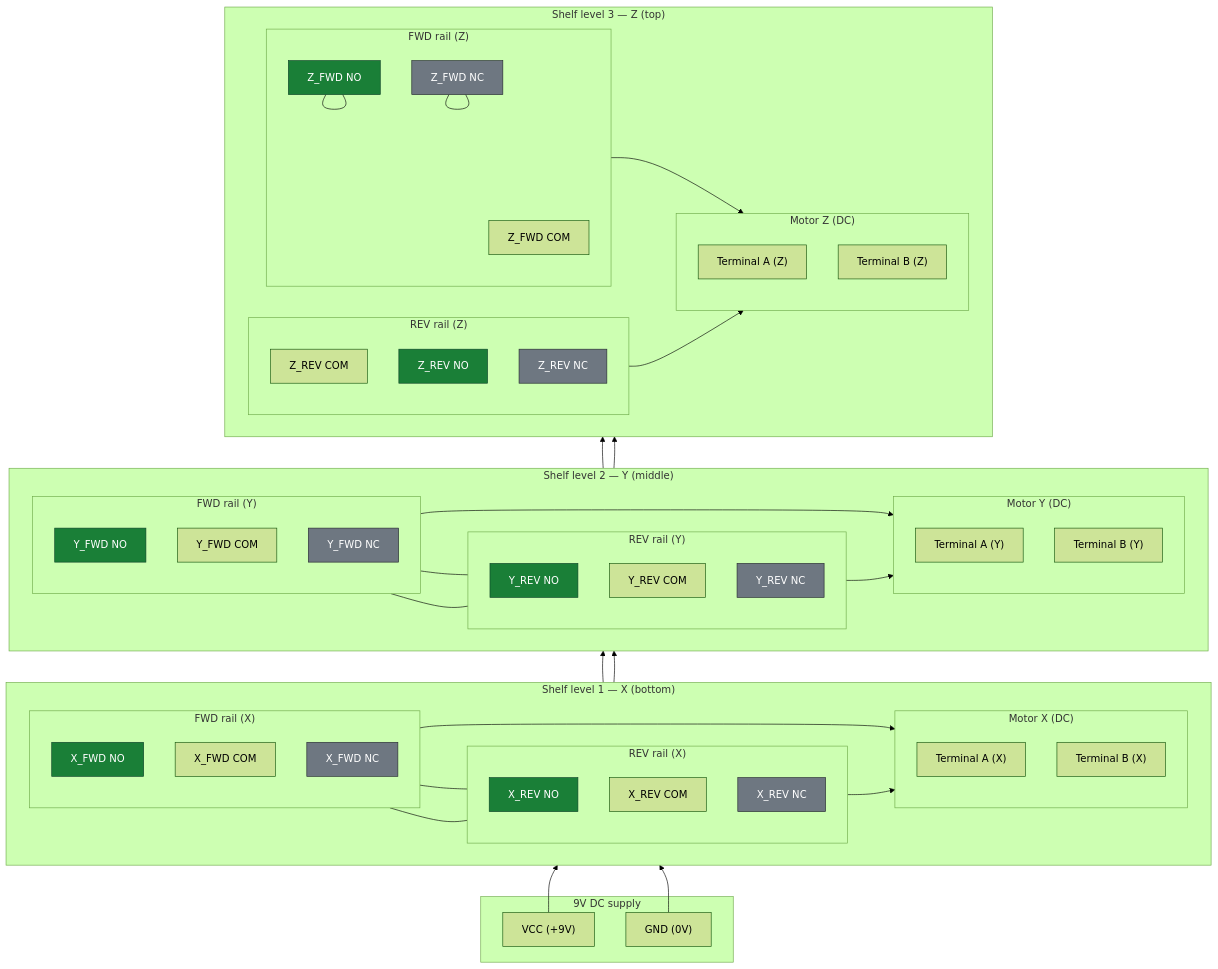
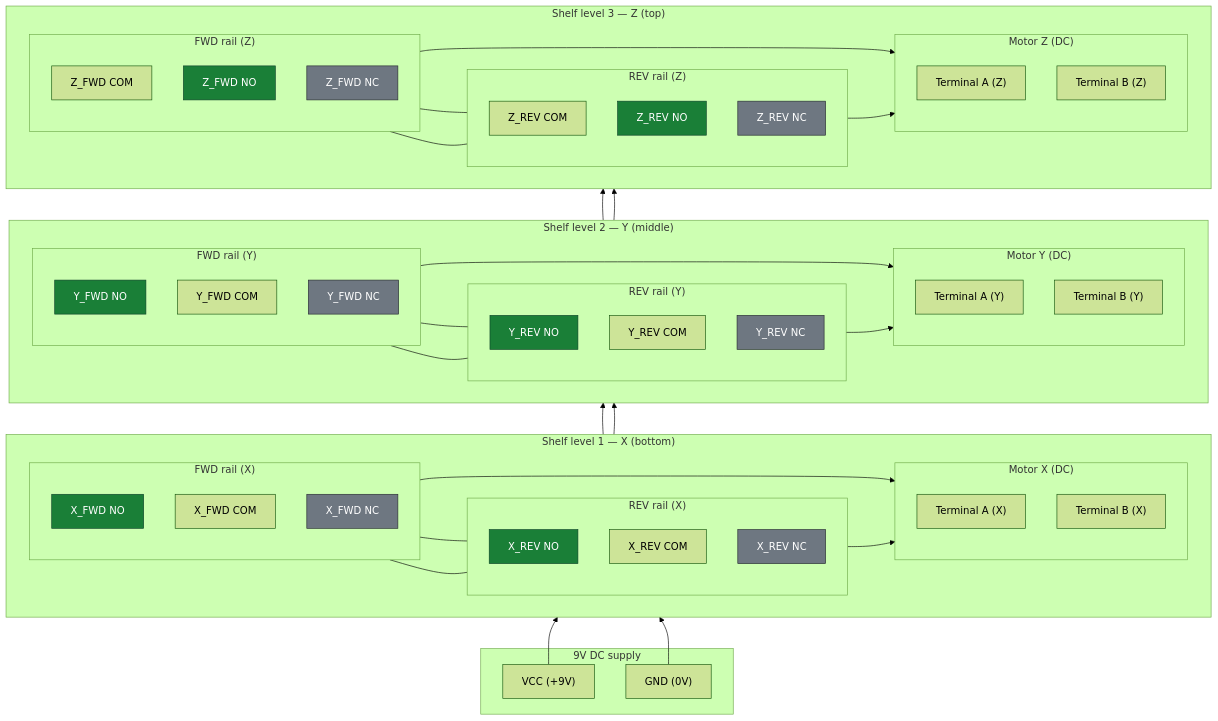
One commit to SB-312/Proyecto-Intermedio-IIoT changed the diagram in SEGUNDO CORTE/README.md. Above: the diagram before and after it, drawn with Mermaid (forest theme).

````diff
--- a/SEGUNDO CORTE/README.md
+++ b/SEGUNDO CORTE/README.md
@@ -21,8 +21,8 @@
   end
   subgraph ZFWD["FWD rail (Z)"]
     direction TB
+    Z_FWD_COM["Z_FWD COM"]
     Z_FWD_NO["Z_FWD NO"]
-    Z_FWD_COM["Z_FWD COM"]
     Z_FWD_NC["Z_FWD NC"]
   end
   subgraph ZM["Motor Z (DC)"]
@@ -31,8 +31,8 @@
     Z_B["Terminal B (Z)"]
   end
   %% FWD takes from REV at same level
-  Z_FWD_NO --- Z_FWD_NO
-  Z_FWD_NC --- Z_FWD_NC
+  Z_FWD_NO --- Z_REV_NO
+  Z_FWD_NC --- Z_REV_NC
   %% COMs to motor
   Z_FWD_COM --> Z_A
   Z_REV_COM --> Z_B
@@ -102,6 +102,4 @@
 class X_REV_NO,Y_REV_NO,Z_REV_NO,X_FWD_NO,Y_FWD_NO,Z_FWD_NO vcc;
 class X_REV_NC,Y_REV_NC,Z_REV_NC,X_FWD_NC,Y_FWD_NC,Z_FWD_NC gnd;
 
-
-
 ```
````
